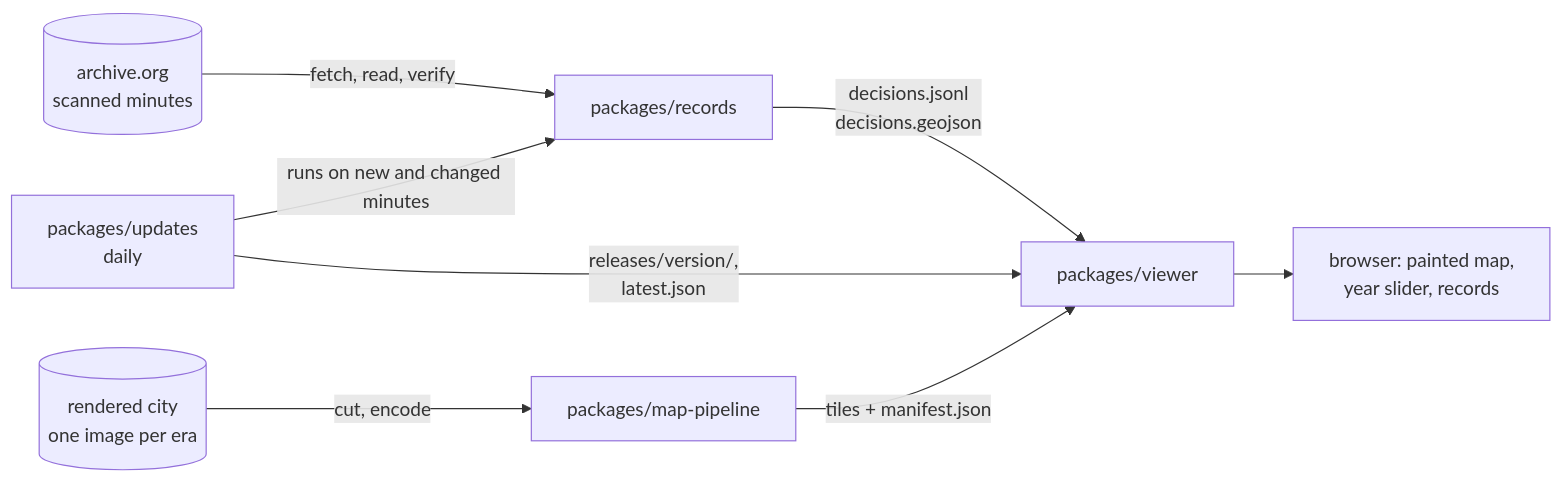
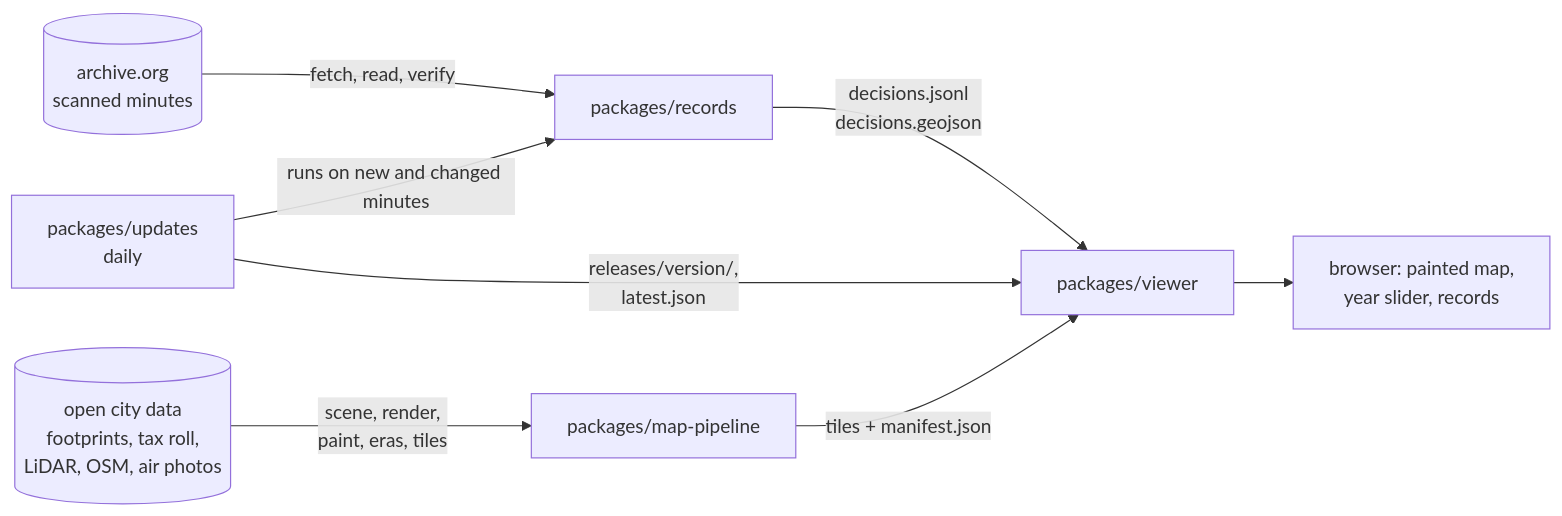
Before and after one commit to AbstractsMachine/qipu-vancouver: the diagram in docs/architecture.md, drawn with Mermaid. The commit also changed other lines of this file and 4 other files, not shown here.

First line of the commit message:
docs: README quickstart for every package, the map pipeline in the architecture, contributing setup

````diff
--- a/docs/architecture.md
+++ b/docs/architecture.md
@@ -7,10 +7,10 @@
 ```mermaid
 flowchart LR
     IA[(archive.org<br/>scanned minutes)] -->|fetch, read, verify| R[packages/records]
     R -->|decisions.jsonl<br/>decisions.geojson| V[packages/viewer]
     U[packages/updates<br/>daily] -->|runs on new and changed minutes| R
     U -->|releases/version/,<br/>latest.json| V
-    S[(rendered city<br/>one image per era)] -->|cut, encode| M[packages/map-pipeline]
+    O[(open city data<br/>footprints, tax roll,<br/>LiDAR, OSM, air photos)] -->|scene, render,<br/>paint, eras, tiles| M[packages/map-pipeline]
     M -->|tiles + manifest.json| V
     V --> B[browser: painted map,<br/>year slider, records]
 ```
````
